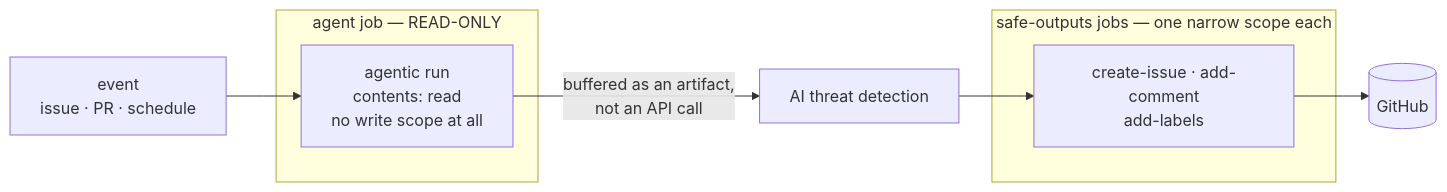
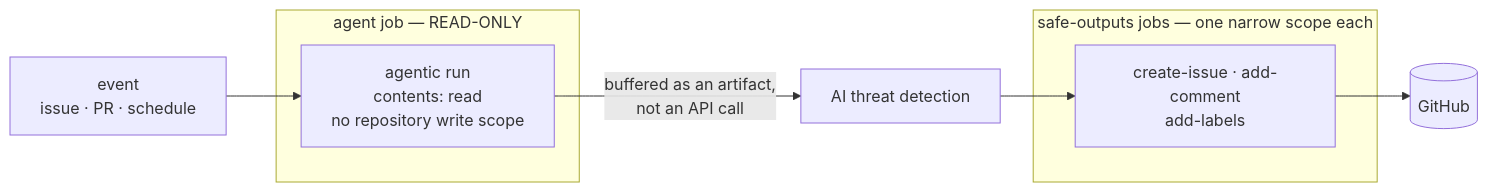
The first of 2 diagrams in docs/squads.md (MSFT-TKENDRICK/GitHub-ADLC), drawn with Mermaid before and after one commit. The commit also changed other lines of this file and 11 other files, not shown here.

````diff
--- a/docs/squads.md
+++ b/docs/squads.md
@@ -99,13 +100,13 @@
 ```mermaid
 flowchart LR
     T["event<br/>issue · PR · schedule"] --> A
     subgraph AJ["agent job — READ-ONLY"]
-        A["agentic run<br/>contents: read<br/>no write scope at all"]
+        A["agentic run<br/>contents: read<br/>no repository write scope"]
     end
     A -->|"buffered as an artifact,<br/>not an API call"| TD["AI threat detection"]
     TD --> SO
     subgraph SOJ["safe-outputs jobs — one narrow scope each"]
         SO["create-issue · add-comment<br/>add-labels"]
     end
     SO --> GH[("GitHub")]
 ```
````
